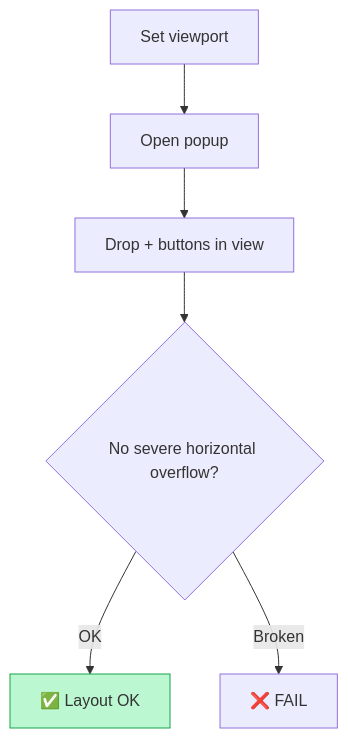
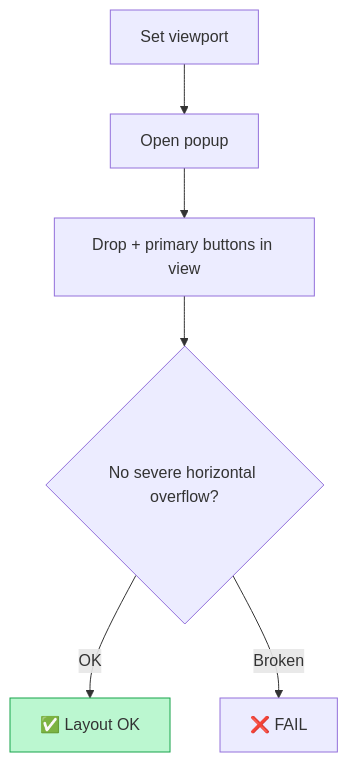
Before and after one commit to GeoWGS84-Testing/Mrsid-Extension: the eighth of 38 diagrams in README.md, drawn with Mermaid. The commit also changed other lines of this file, not shown here.

````diff
--- a/README.md
+++ b/README.md
@@ -346,10 +376,9 @@
 ```mermaid
 flowchart TD
   A[Set viewport] --> B[Open popup]
-  B --> C[Drop + buttons in view]
+  B --> C[Drop + primary buttons in view]
   C --> D{No severe horizontal overflow?}
   D -->|OK| P[✅ Layout OK]
   D -->|Broken| X[❌ FAIL]
-
   style P fill:#bbf7d0,stroke:#16a34a
 ```
````
